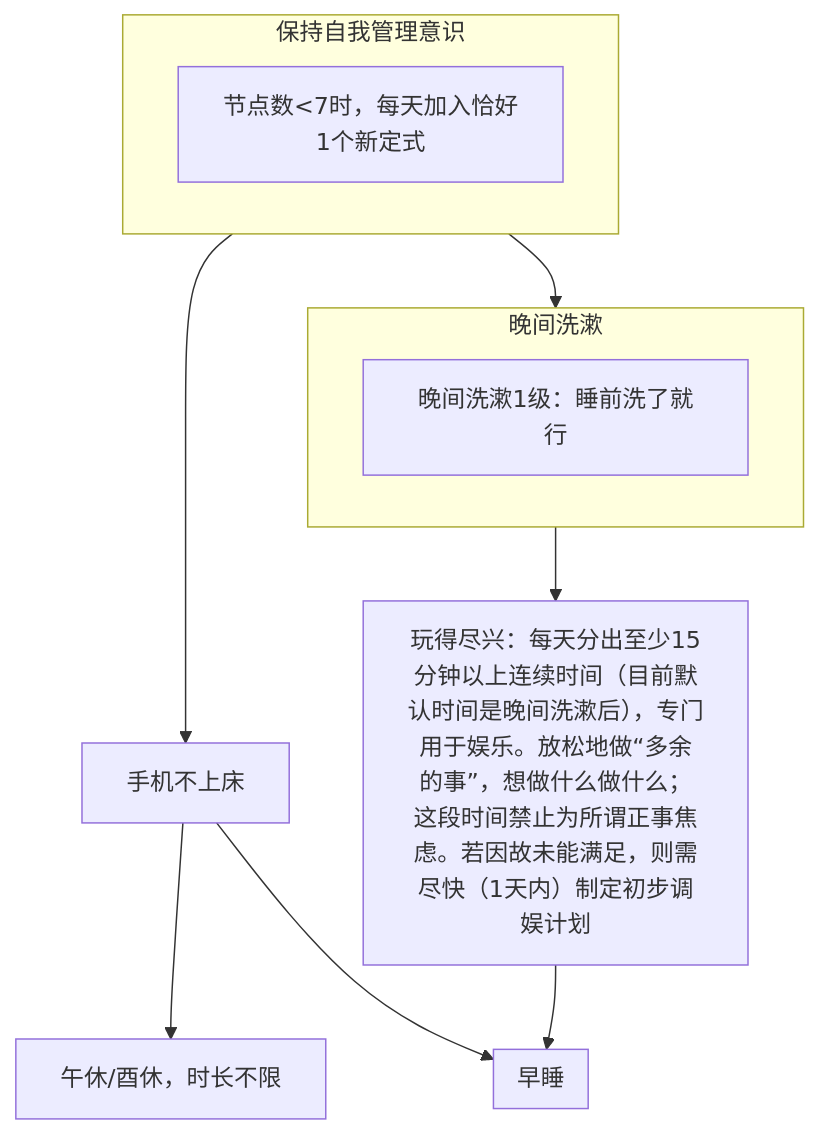
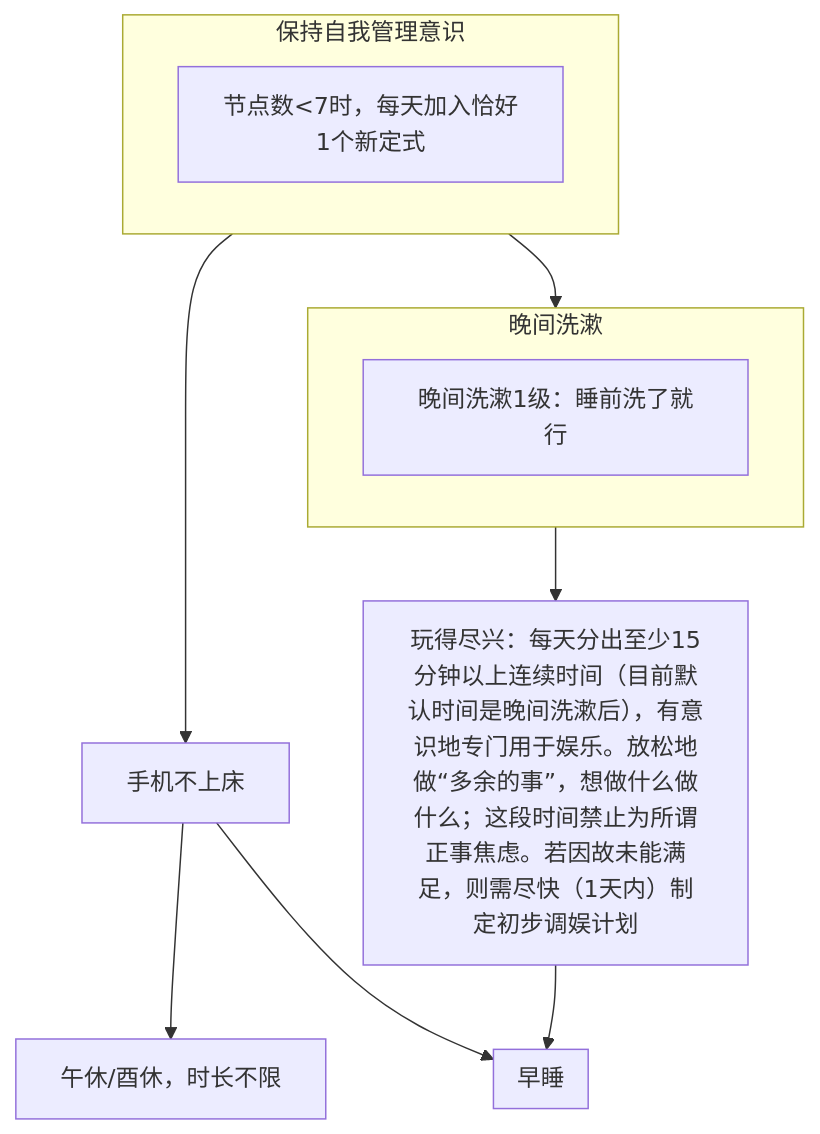
Before and after one commit to Ethkuil/RSIP-tree: the diagram in README.md, drawn with Mermaid.

Commit message:
update #8: 只有有意识地专门用于娱乐才符合要求

````diff
--- a/README.md
+++ b/README.md
@@ -7,22 +7,22 @@
 ```mermaid
 graph TD
 
 subgraph 5[保持自我管理意识]
 0[节点数<7时，每天加入恰好1个新定式]
 end
 
 5 --> 1[手机不上床]
 1 --> 2[午休/酉休，时长不限]
 
 5 --> 6
 subgraph 6[晚间洗漱]
 b[晚间洗漱1级：睡前洗了就行]
 end
-6 --> 8[玩得尽兴：每天分出至少15分钟以上连续时间（目前默认时间是晚间洗漱后），专门用于娱乐。放松地做“多余的事”，想做什么做什么；这段时间禁止为所谓正事焦虑。若因故未能满足，则需尽快（1天内）制定初步调娱计划]
+6 --> 8[玩得尽兴：每天分出至少15分钟以上连续时间（目前默认时间是晚间洗漱后），有意识地专门用于娱乐。放松地做“多余的事”，想做什么做什么；这段时间禁止为所谓正事焦虑。若因故未能满足，则需尽快（1天内）制定初步调娱计划]
 
 1 --> 9
 8 --> 9
 subgraph 9[早睡]
 
 end
 ```
````
